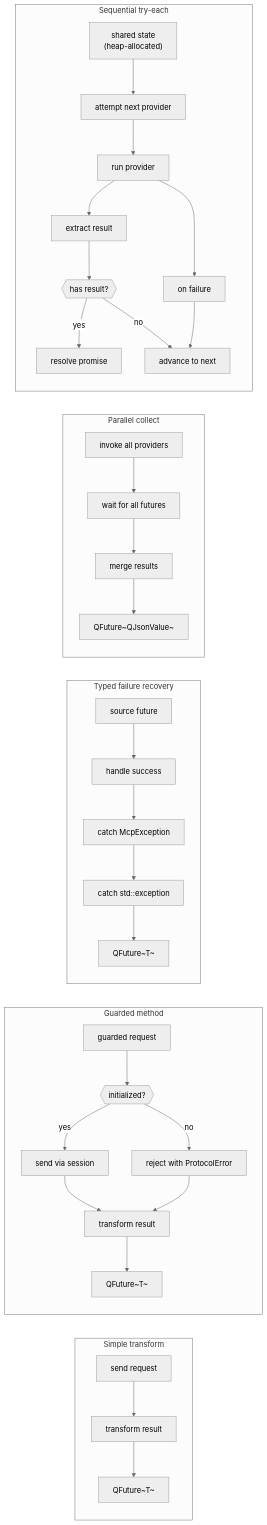
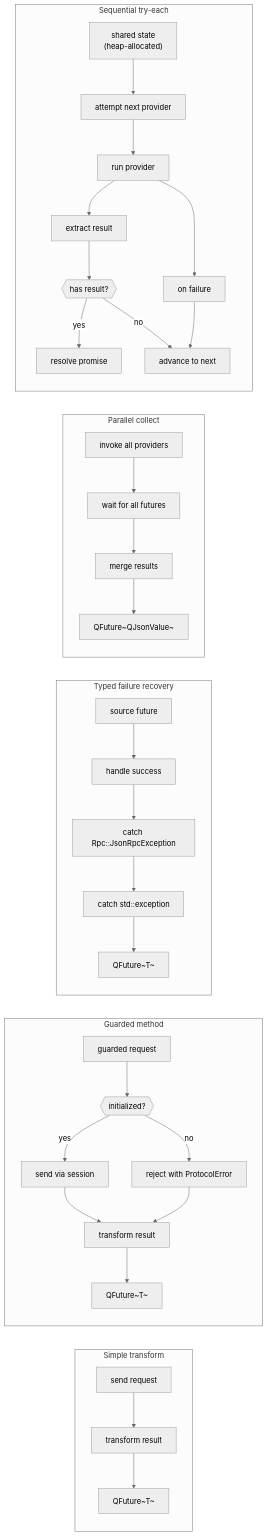
One commit to Palm1r/llmcore changed the diagram in docs/mcp/architecture/async-patterns.md. Above: the diagram before and after it, drawn with Mermaid (neutral theme). The commit also changed other lines of this file and 64 other files, not shown here.

First line of the commit message:
refactor: cycle to mcp/rpc/acp (#28)

````diff
--- a/docs/mcp/architecture/async-patterns.md
+++ b/docs/mcp/architecture/async-patterns.md
@@ -5,59 +5,59 @@
 ```mermaid
 flowchart LR
     subgraph Pattern1["Simple transform"]
         direction TB
         A1["send request"]
         A2["transform result"]
         A3["QFuture~T~"]
         A1 --> A2 --> A3
     end
 
     subgraph Pattern2["Guarded method"]
         direction TB
         B1["guarded request"]
         B2{{"initialized?"}}
         B3["send via session"]
         B4["reject with ProtocolError"]
         B5["transform result"]
         B6["QFuture~T~"]
         B1 --> B2
         B2 -->|yes| B3 --> B5
         B2 -->|no| B4 --> B5
         B5 --> B6
     end
 
     subgraph Pattern3["Typed failure recovery"]
         direction TB
         C1["source future"]
         C2["handle success"]
-        C3["catch McpException"]
+        C3["catch Rpc::JsonRpcException"]
         C4["catch std::exception"]
         C5["QFuture~T~"]
         C1 --> C2 --> C3 --> C4 --> C5
     end
 
     subgraph Pattern4["Parallel collect"]
         direction TB
         D1["invoke all providers"]
         D2["wait for all futures"]
         D3["merge results"]
         D4["QFuture~QJsonValue~"]
         D1 --> D2 --> D3 --> D4
     end
 
     subgraph Pattern5["Sequential try-each"]
         direction TB
         E1["shared state<br/>(heap-allocated)"]
         E2["attempt next provider"]
         E3["run provider"]
         E4["extract result"]
         E5{{"has result?"}}
         E6["resolve promise"]
         E7["advance to next"]
         E8["on failure"]
         E1 --> E2 --> E3 --> E4 --> E5
         E5 -->|yes| E6
         E5 -->|no| E7
         E3 --> E8 --> E7
     end
 ```
````
